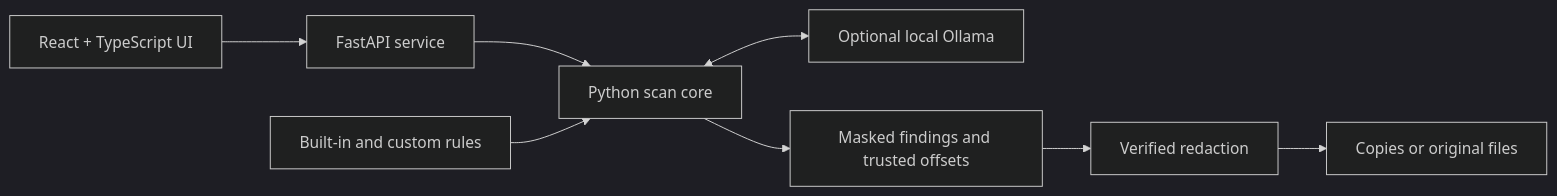
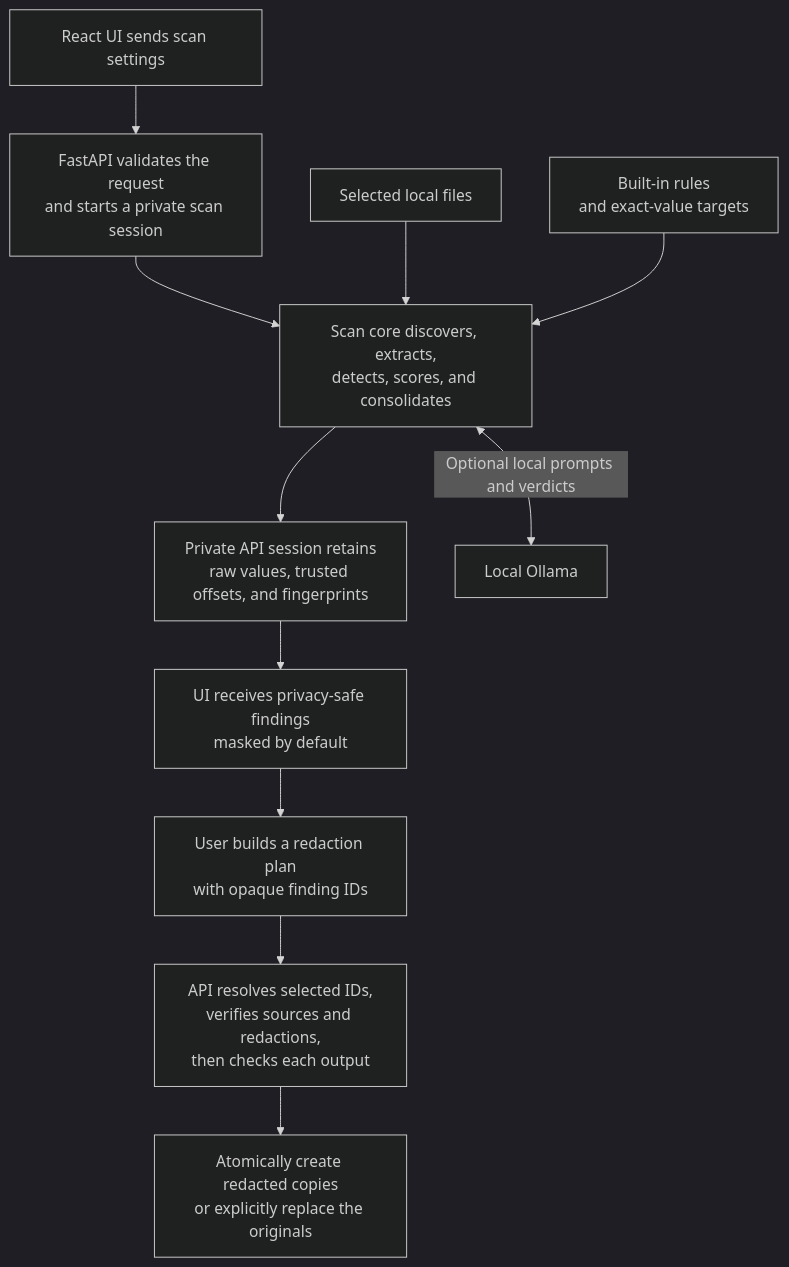
The second of 2 diagrams in README.md (AlexHettle/RedactLens), drawn with Mermaid (dark theme) before and after one commit. The commit also changed 1 other file, not shown here.

Commit message:
clarify the application architecture flow
- document the complete scan and redaction lifecycle
- distinguish privacy-safe UI findings from private session data
- show file, rule, and optional Ollama inputs clearly
- simplify the diagram and reflow labels to prevent clipping
- rebuild the Windows installer

````diff
--- a/README.md
+++ b/README.md
@@ -410,10 +410,17 @@
 ```mermaid
-flowchart LR
-    UI["React + TypeScript UI"] --> API["FastAPI service"]
-    API --> CORE["Python scan core"]
-    RULES["Built-in and custom rules"] --> CORE
-    CORE <--> AI["Optional local Ollama"]
-    CORE --> RESULTS["Masked findings and trusted offsets"]
-    RESULTS --> WRITE["Verified redaction"]
-    WRITE --> FILES["Copies or original files"]
+flowchart TB
+    UI["React UI sends scan settings"]
+    API["FastAPI validates the request<br/>and starts a private scan session"]
+    CORE["Scan core discovers, extracts,<br/>detects, scores, and consolidates"]
+    SESSION["Private API session retains<br/>raw values, trusted offsets, and fingerprints"]
+    RESULTS["UI receives privacy-safe findings<br/>masked by default"]
+    PLAN["User builds a redaction plan<br/>with opaque finding IDs"]
+    WRITE["API resolves selected IDs,<br/>verifies sources and redactions,<br/>then checks each output"]
+    OUTPUT["Atomically create redacted copies<br/>or explicitly replace the originals"]
+
+    UI --> API --> CORE --> SESSION --> RESULTS --> PLAN --> WRITE --> OUTPUT
+
+    FILES["Selected local files"] --> CORE
+    RULES["Built-in rules<br/>and exact-value targets"] --> CORE
+    CORE <-->|Optional local prompts and verdicts| AI["Local Ollama"]
 ```
````
